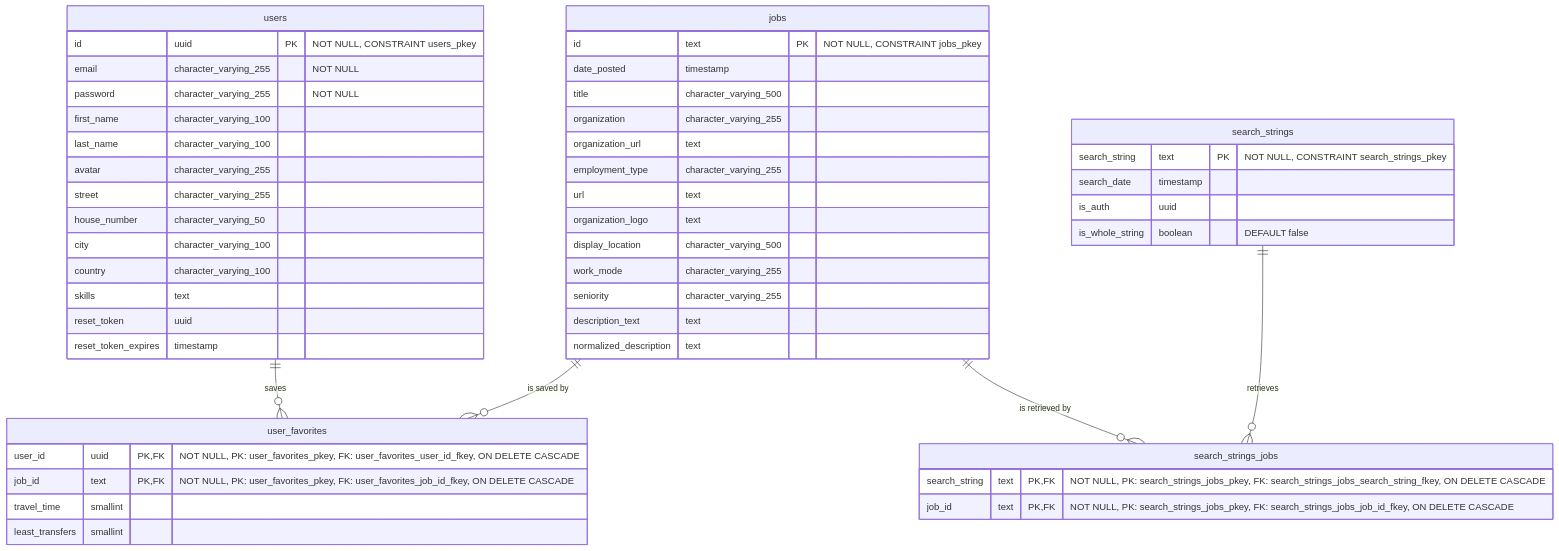
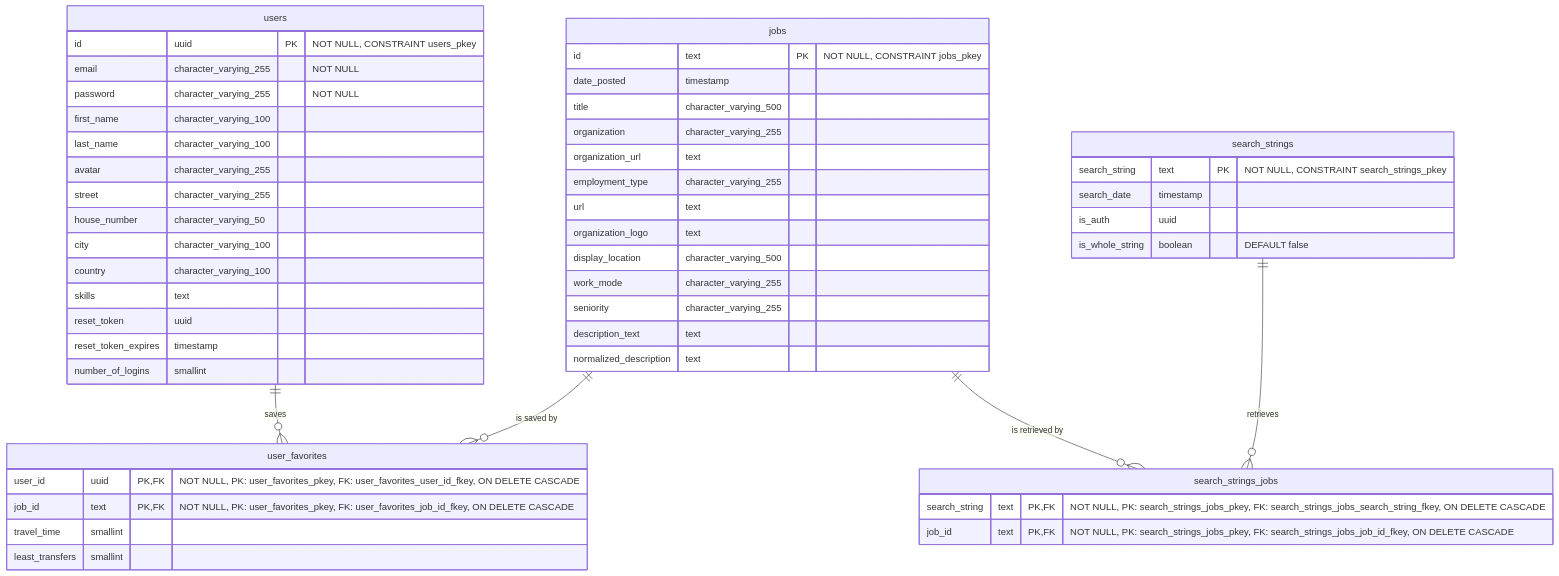
The diagram in documentation/ERD.md (YahyaAl-Ademi/2025.10.23-JobCompass), drawn with Mermaid before and after one commit. The commit also changed other lines of this file and 1 other file, not shown here.

Commit message:
feat(users): add number_of_logins field to track user login activity

````diff
--- a/documentation/ERD.md
+++ b/documentation/ERD.md
@@ -5,58 +5,59 @@
 ```mermaid
 erDiagram
     users ||--o{ user_favorites : "saves"
     jobs ||--o{ user_favorites : "is saved by"
     search_strings ||--o{ search_strings_jobs : "retrieves"
     jobs ||--o{ search_strings_jobs : "is retrieved by"
 
     users {
         id uuid PK "NOT NULL, CONSTRAINT users_pkey"
         email character_varying_255 "NOT NULL"
         password character_varying_255 "NOT NULL"
         first_name character_varying_100
         last_name character_varying_100
         avatar character_varying_255
         street character_varying_255
         house_number character_varying_50
         city character_varying_100
         country character_varying_100
         skills text
         reset_token uuid
         reset_token_expires timestamp
+        number_of_logins smallint
     }
 
     jobs {
         id text PK "NOT NULL, CONSTRAINT jobs_pkey"
         date_posted timestamp
         title character_varying_500
         organization character_varying_255
         organization_url text
         employment_type character_varying_255
         url text
         organization_logo text
         display_location character_varying_500
         work_mode character_varying_255
         seniority character_varying_255
         description_text text
         normalized_description text
     }
 
     user_favorites {
         user_id uuid PK,FK "NOT NULL, PK: user_favorites_pkey, FK: user_favorites_user_id_fkey, ON DELETE CASCADE"
         job_id text PK,FK "NOT NULL, PK: user_favorites_pkey, FK: user_favorites_job_id_fkey, ON DELETE CASCADE"
         travel_time smallint
         least_transfers smallint
     }
 
     search_strings {
         search_string text PK "NOT NULL, CONSTRAINT search_strings_pkey"
         search_date timestamp
         is_auth uuid
         is_whole_string boolean "DEFAULT false"
     }
 
     search_strings_jobs {
         search_string text PK,FK "NOT NULL, PK: search_strings_jobs_pkey, FK: search_strings_jobs_search_string_fkey, ON DELETE CASCADE"
         job_id text PK,FK "NOT NULL, PK: search_strings_jobs_pkey, FK: search_strings_jobs_job_id_fkey, ON DELETE CASCADE"
     }
 ```
````
